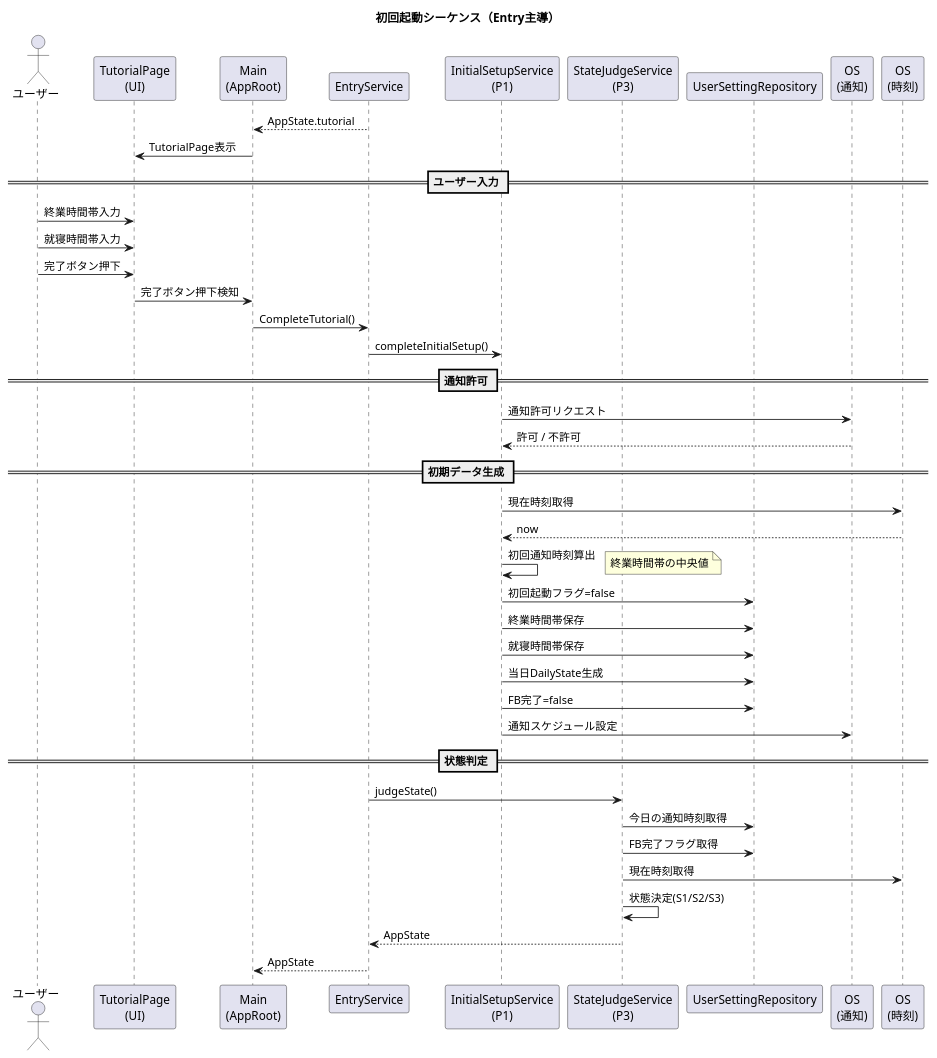
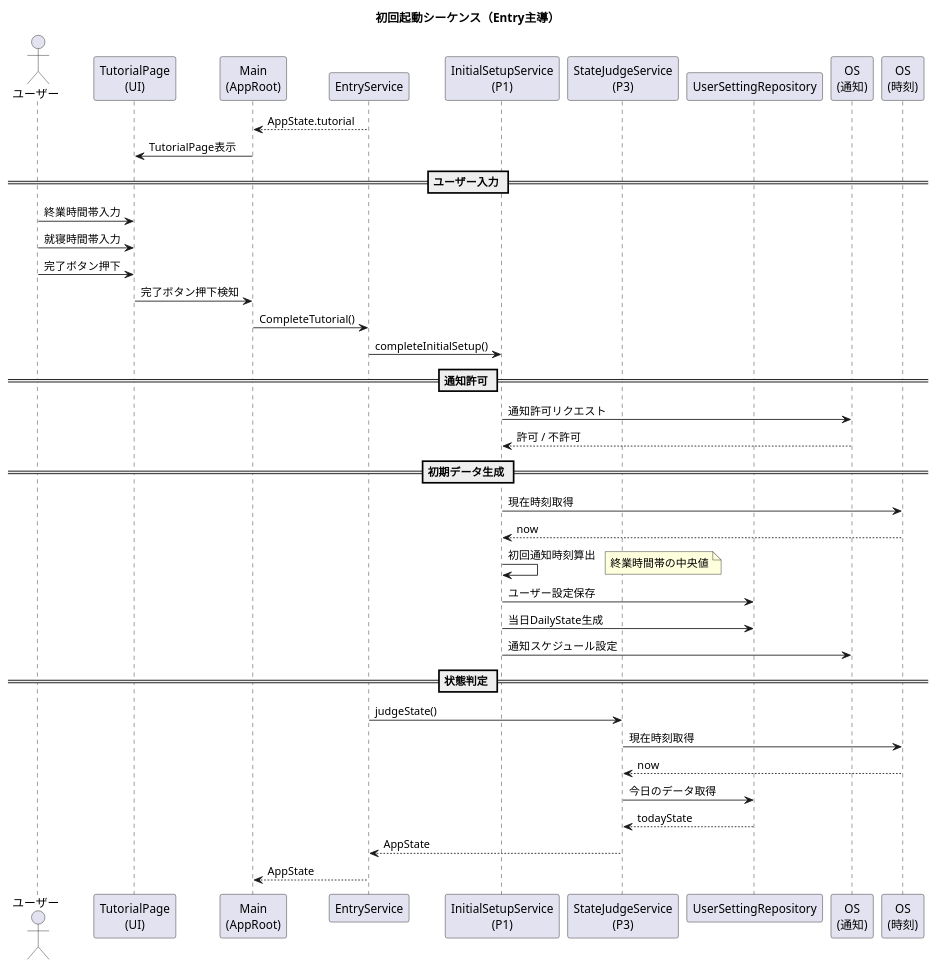
Before and after one commit to akamatrixxx/justtime: the diagram in assets/specifications/詳細設計/シーケンス図/02_初回起動シーケンス.pu, drawn with PlantUML. The commit also changed 3 other files, not shown here.

Commit message:
シーケンス図の修正

```diff
--- a/assets/specifications/詳細設計/シーケンス図/02_初回起動シーケンス.pu
+++ b/assets/specifications/詳細設計/シーケンス図/02_初回起動シーケンス.pu
@@ -1,62 +1,61 @@
 @startuml
 title 初回起動シーケンス（Entry主導）
 
 actor ユーザー
 participant "TutorialPage\n(UI)" as UI
 participant "Main\n(AppRoot)" as Main
 participant "EntryService" as Entry
 
 participant "InitialSetupService\n(P1)" as P1
 participant "StateJudgeService\n(P3)" as P3
 participant "UserSettingRepository" as UserRepo
 participant "OS\n(通知)" as OS_Notify
 participant "OS\n(時刻)" as OS_Time
 
 Entry --> Main : AppState.tutorial
 Main -> UI : TutorialPage表示
 
 == ユーザー入力 ==
 
 ユーザー -> UI : 終業時間帯入力
 ユーザー -> UI : 就寝時間帯入力
 ユーザー -> UI : 完了ボタン押下
 
 UI -> Main : 完了ボタン押下検知
 Main -> Entry : CompleteTutorial()
 Entry -> P1 : completeInitialSetup()
 
 == 通知許可 ==
 
 P1 -> OS_Notify : 通知許可リクエスト
 OS_Notify --> P1 : 許可 / 不許可
 
 == 初期データ生成 ==
 
 P1 -> OS_Time : 現在時刻取得
 OS_Time --> P1 : now
 
 P1 -> P1 : 初回通知時刻算出
 note right
 終業時間帯の中央値
 end note
 
-P1 -> UserRepo : 初回起動フラグ=false
-P1 -> UserRepo : 終業時間帯保存
-P1 -> UserRepo : 就寝時間帯保存
+P1 -> UserRepo : ユーザー設定保存
+
 P1 -> UserRepo : 当日DailyState生成
-P1 -> UserRepo : FB完了=false
+
 P1 -> OS_Notify : 通知スケジュール設定
 
  == 状態判定 ==
 
 Entry -> P3 : judgeState()
 
-P3 -> UserRepo : 今日の通知時刻取得
-P3 -> UserRepo : FB完了フラグ取得
 P3 -> OS_Time : 現在時刻取得
-P3 -> P3 : 状態決定(S1/S2/S3)
+OS_Time --> P3 : now
+P3 -> UserRepo : 今日のデータ取得
+UserRepo --> P3 : todayState
 
 P3 --> Entry : AppState
 Entry --> Main : AppState
 
 @enduml
```
